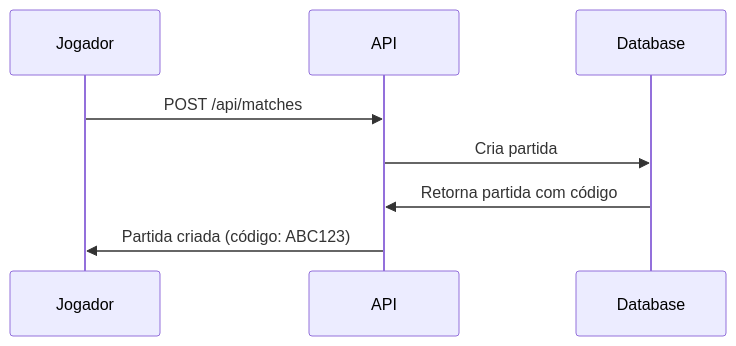
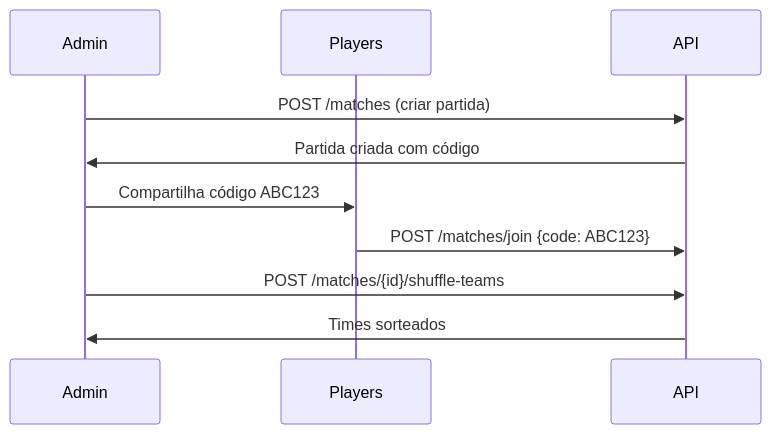
The first of 2 diagrams in docs/matches-api.md (Fut-Match/back-end), drawn with Mermaid before and after one commit. The commit also changed other lines of this file and 16 other files, not shown here.

````diff
--- a/docs/matches-api.md
+++ b/docs/matches-api.md
@@ -166,11 +333,13 @@
 ```mermaid
 sequenceDiagram
-    participant J as Jogador
+    participant A as Admin
+    participant P as Players
     participant API as API
-    participant DB as Database
     
-    J->>API: POST /api/matches
-    API->>DB: Cria partida
-    DB->>API: Retorna partida com código
-    API->>J: Partida criada (código: ABC123)
+    A->>API: POST /matches (criar partida)
+    API->>A: Partida criada com código
+    A->>P: Compartilha código ABC123
+    P->>API: POST /matches/join {code: ABC123}
+    A->>API: POST /matches/{id}/shuffle-teams
+    API->>A: Times sorteados
 ```
````
